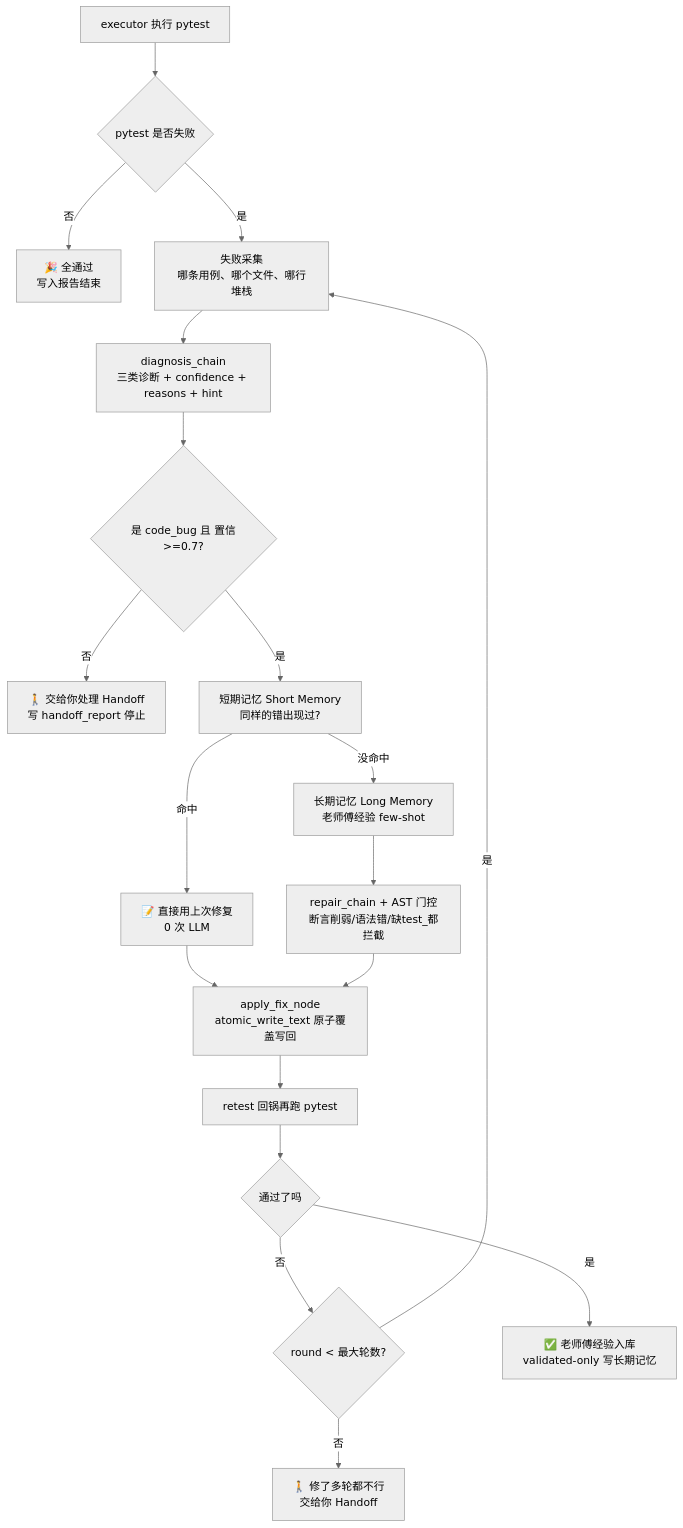
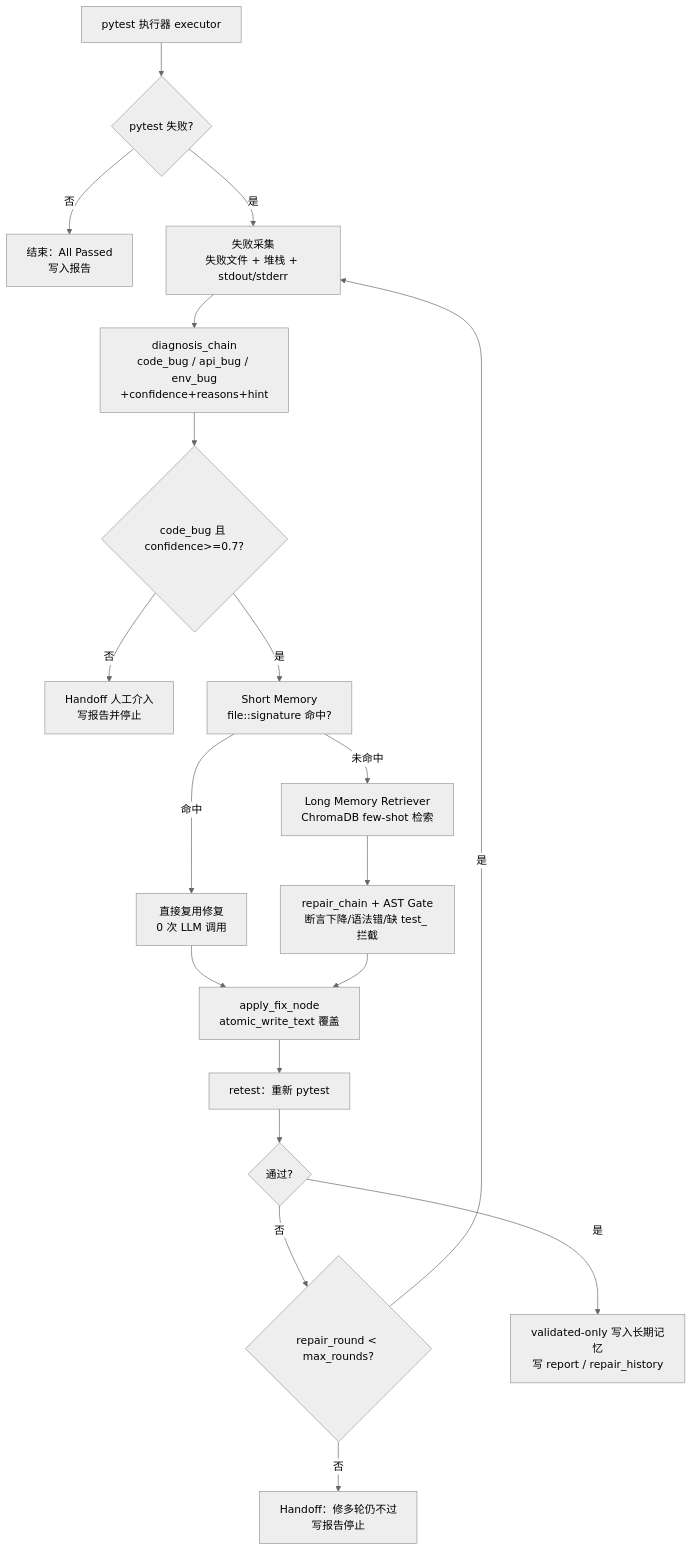
The second of 2 diagrams in README.md (hanxiwei/api_test_agent_pro), drawn with Mermaid (neutral theme) before and after one commit. The commit also changed other lines of this file, not shown here.

````diff
--- a/README.md
+++ b/README.md
@@ -165,21 +143,21 @@
 ```mermaid
 flowchart TD
-  A[executor 执行 pytest] --> B{pytest 是否失败}
-  B -- 否 --> C[🎉 全通过<br/>写入报告结束]
-  B -- 是 --> D[失败采集<br/>哪条用例、哪个文件、哪行堆栈]
-  D --> E[diagnosis_chain<br/>三类诊断 + confidence + reasons + hint]
-  E --> F{是 code_bug 且 置信>=0.7?}
-  F -- 否 --> G[🚶 交给你处理 Handoff<br/>写 handoff_report 停止]
-  F -- 是 --> H[短期记忆 Short Memory<br/>同样的错出现过?]
-  H -- 命中 --> I[📝 直接用上次修复<br/>0 次 LLM]
-  H -- 没命中 --> J[长期记忆 Long Memory<br/>老师傅经验 few-shot]
-  J --> K[repair_chain + AST 门控<br/>断言削弱/语法错/缺test_都拦截]
-  I --> L[apply_fix_node<br/>atomic_write_text 原子覆盖写回]
+  A[pytest 执行器 executor] --> B{pytest 失败?}
+  B -- 否 --> C[结束：All Passed<br/>写入报告]
+  B -- 是 --> D[失败采集<br/>失败文件 + 堆栈 + stdout/stderr]
+  D --> E[diagnosis_chain<br/>code_bug / api_bug / env_bug<br/>+confidence+reasons+hint]
+  E --> F{code_bug 且 confidence>=0.7?}
+  F -- 否 --> G[Handoff 人工介入<br/>写报告并停止]
+  F -- 是 --> H[Short Memory<br/>file::signature 命中?]
+  H -- 命中 --> I[直接复用修复<br/>0 次 LLM 调用]
+  H -- 未命中 --> J[Long Memory Retriever<br/>ChromaDB few-shot 检索]
+  J --> K[repair_chain + AST Gate<br/>断言下降/语法错/缺 test_ 拦截]
+  I --> L[apply_fix_node<br/>atomic_write_text 覆盖]
   K --> L
-  L --> M[retest 回锅再跑 pytest]
-  M --> N{通过了吗}
-  N -- 否 --> O{round < 最大轮数?}
+  L --> M[retest：重新 pytest]
+  M --> N{通过?}
+  N -- 否 --> O{repair_round < max_rounds?}
   O -- 是 --> D
-  O -- 否 --> P[🚶 修了多轮都不行<br/>交给你 Handoff]
-  N -- 是 --> Q[✅ 老师傅经验入库<br/>validated-only 写长期记忆]
+  O -- 否 --> P[Handoff：修多轮仍不过<br/>写报告停止]
+  N -- 是 --> Q[validated-only 写入长期记忆<br/>写 report / repair_history]
 ```
````
